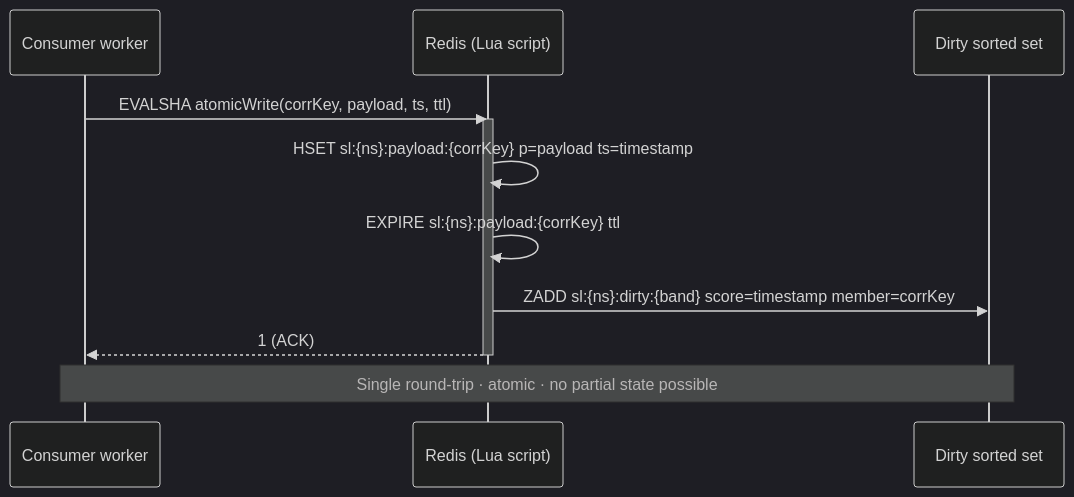
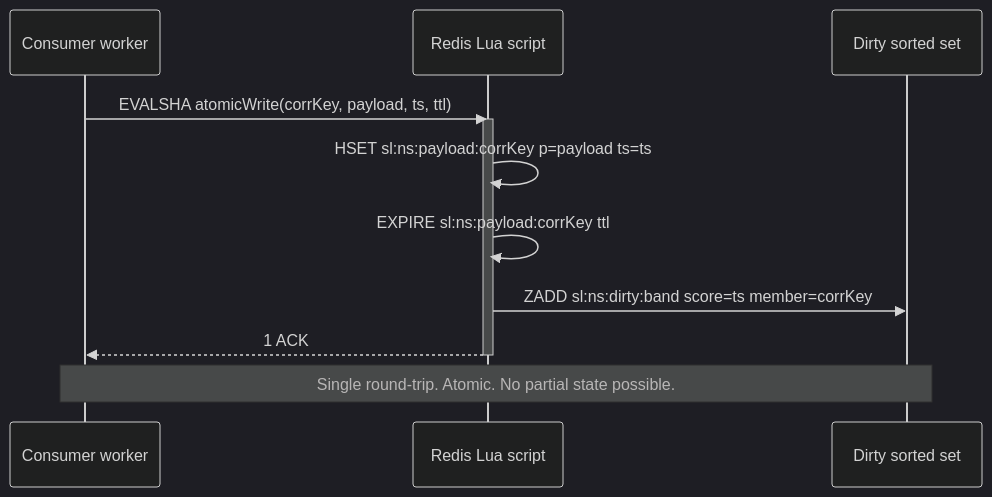
Before and after one commit to hussainpithawala/sluice-go: the third of 8 diagrams in README.md, drawn with Mermaid (dark theme). The commit also changed other lines of this file, not shown here.

````diff
--- a/README.md
+++ b/README.md
@@ -79,16 +83,16 @@
 ```mermaid
 sequenceDiagram
-    participant C  as Consumer worker
-    participant R  as Redis (Lua script)
+    participant C as Consumer worker
+    participant R as Redis Lua script
     participant DS as Dirty sorted set
 
-    C  ->> R  : EVALSHA atomicWrite(corrKey, payload, ts, ttl)
+    C->>R: EVALSHA atomicWrite(corrKey, payload, ts, ttl)
     activate R
-    R  ->> R  : HSET sl:{ns}:payload:{corrKey} p=payload ts=timestamp
-    R  ->> R  : EXPIRE sl:{ns}:payload:{corrKey} ttl
-    R  ->> DS : ZADD sl:{ns}:dirty:{band} score=timestamp member=corrKey
-    R  -->> C : 1 (ACK)
+    R->>R: HSET sl:ns:payload:corrKey  p=payload ts=ts
+    R->>R: EXPIRE sl:ns:payload:corrKey ttl
+    R->>DS: ZADD sl:ns:dirty:band score=ts member=corrKey
+    R-->>C: 1 ACK
     deactivate R
 
-    Note over C,DS: Single round-trip · atomic · no partial state possible
+    Note over C,DS: Single round-trip. Atomic. No partial state possible.
 ```
````
